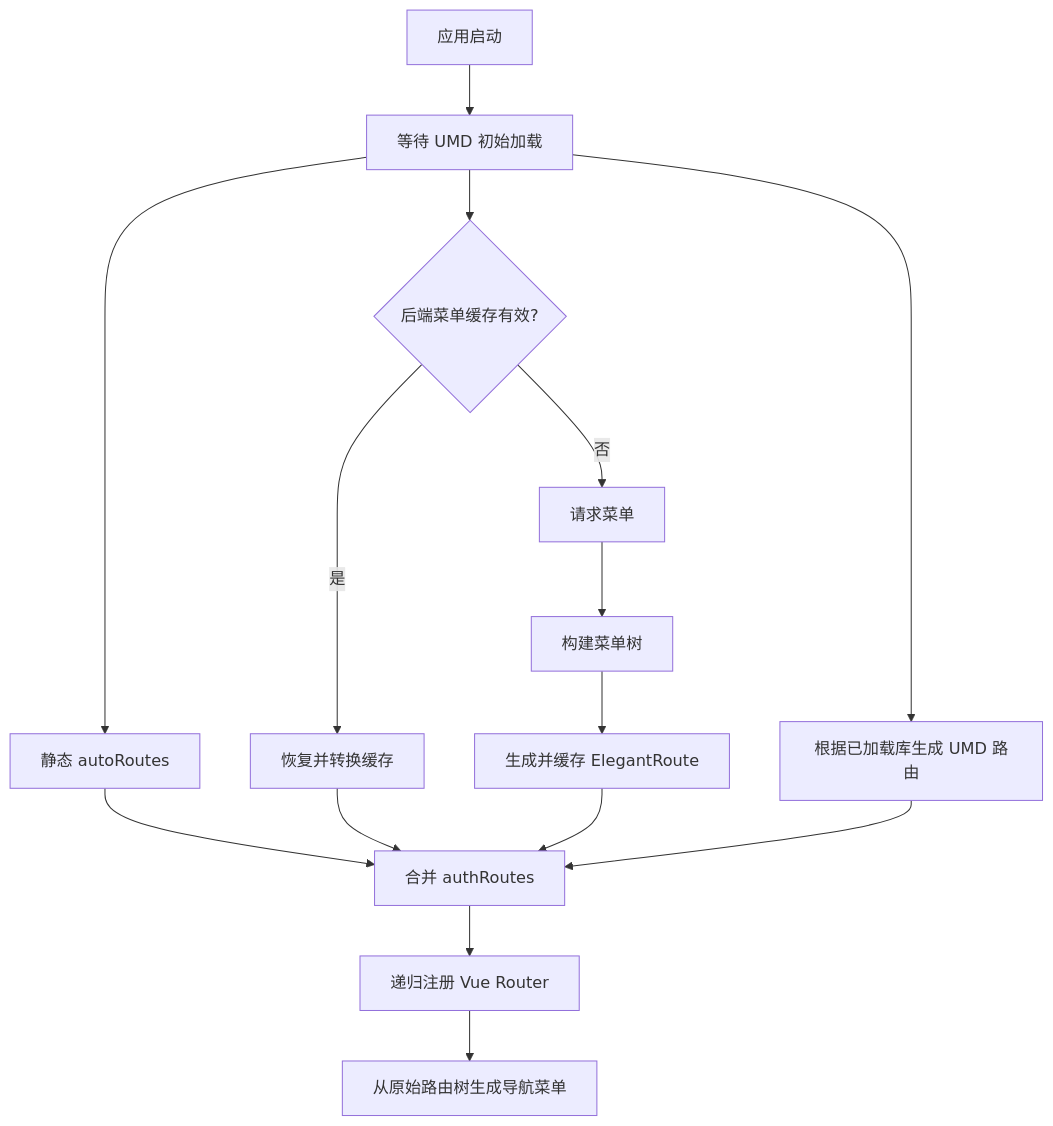
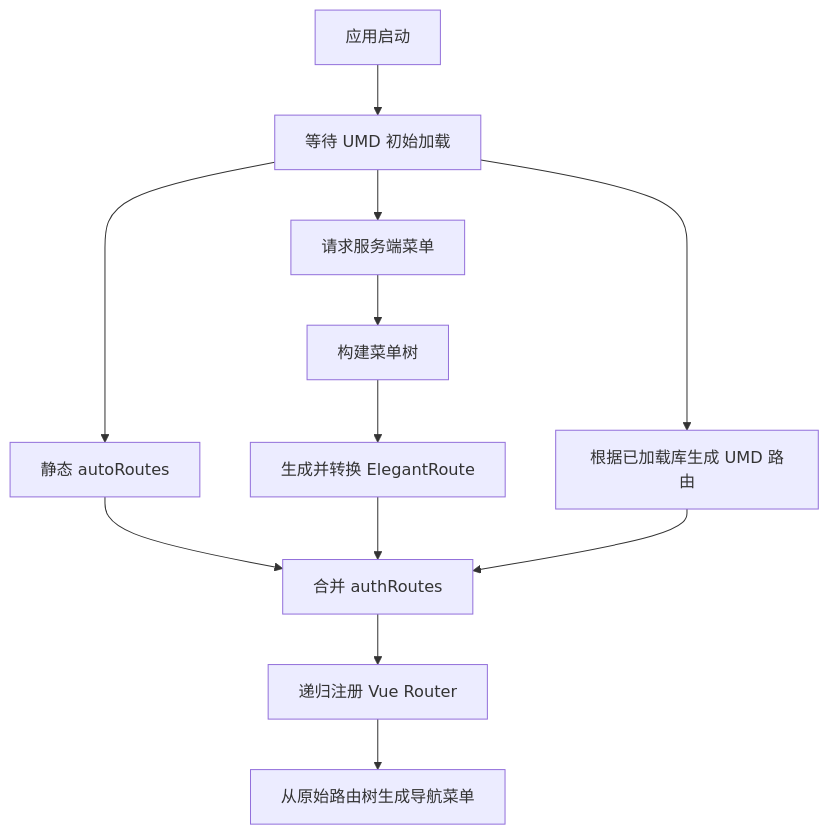
The diagram in docs/dynamic-routes-module.md (gy-926/Dashboard-lightWeight), drawn with Mermaid before and after one commit. The commit also changed other lines of this file and 21 other files, not shown here.

````diff
--- a/docs/dynamic-routes-module.md
+++ b/docs/dynamic-routes-module.md
@@ -7,17 +7,14 @@
 ```mermaid
 flowchart TD
   A[应用启动] --> B[等待 UMD 初始加载]
   B --> C[静态 autoRoutes]
-  B --> D{后端菜单缓存有效?}
-  D -- 是 --> E[恢复并转换缓存]
-  D -- 否 --> F[请求菜单]
+  B --> F[请求服务端菜单]
   F --> G[构建菜单树]
-  G --> H[生成并缓存 ElegantRoute]
+  G --> H[生成并转换 ElegantRoute]
   B --> I[根据已加载库生成 UMD 路由]
   C --> J[合并 authRoutes]
-  E --> J
   H --> J
   I --> J
   J --> K[递归注册 Vue Router]
   K --> L[从原始路由树生成导航菜单]
 ```
````
